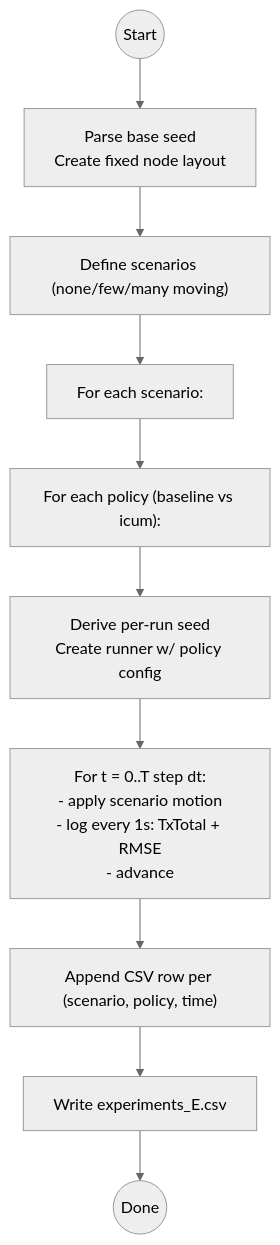
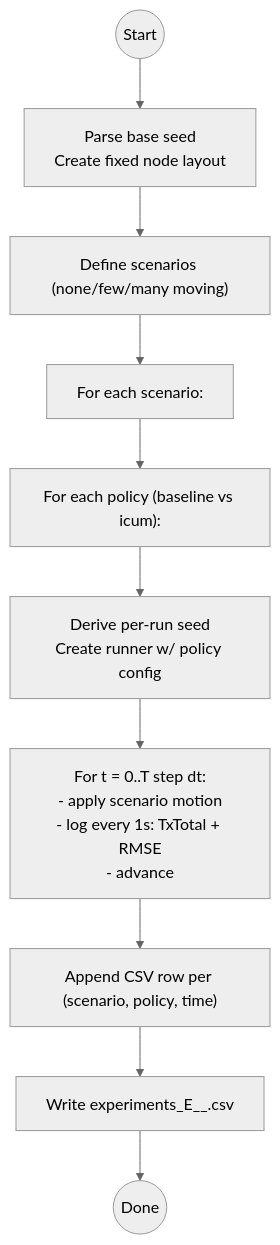
The fifth of 5 diagrams in src/experiments/README.md (ChickenSalsahub/ICUM-SIM), drawn with Mermaid (neutral theme) before and after one commit. The commit also changed other lines of this file and 5 other files, not shown here.

````diff
--- a/src/experiments/README.md
+++ b/src/experiments/README.md
@@ -227,12 +232,12 @@
 ```mermaid
 flowchart TD
   E0(("Start")) --> E1["Parse base seed\nCreate fixed node layout"]
   E1 --> E2["Define scenarios (none/few/many moving)"]
   E2 --> E3["For each scenario:"]
   E3 --> E4["For each policy (baseline vs icum):"]
   E4 --> E5["Derive per-run seed\nCreate runner w/ policy config"]
   E5 --> E6["For t = 0..T step dt:\n- apply scenario motion\n- log every 1s: TxTotal + RMSE\n- advance"]
   E6 --> E7["Append CSV row per (scenario, policy, time)"]
-  E7 --> E8["Write experiments_E.csv"]
+  E7 --> E8["Write experiments_E_<scenario>_<policy>.csv"]
   E8 --> E9(("Done"))
 ```
````
